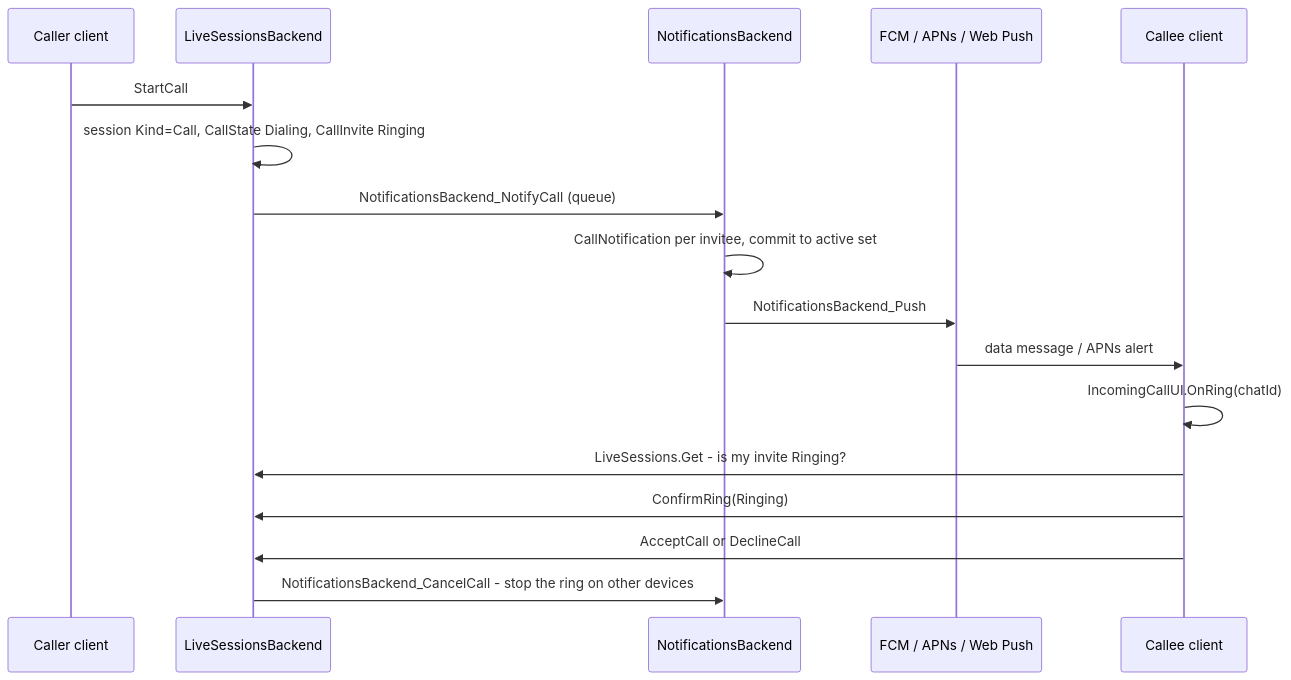
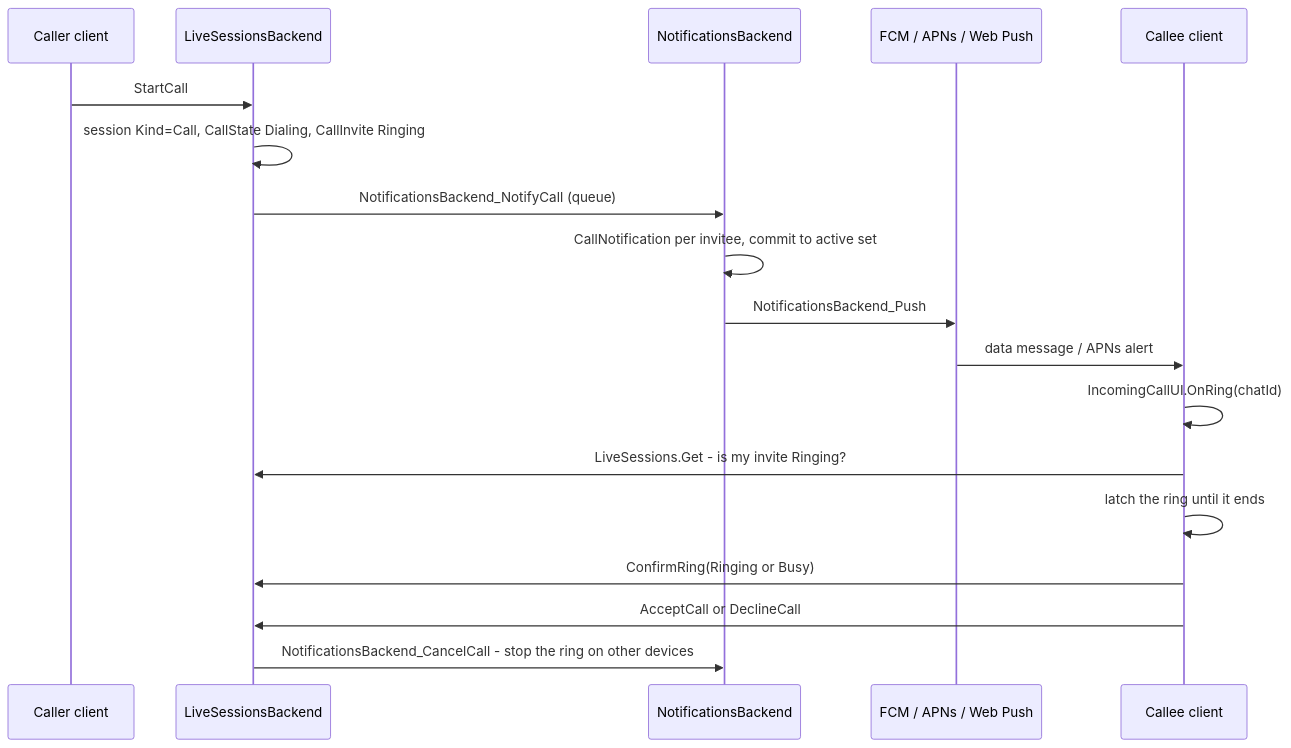
The diagram in docs/calls/incoming-call-flow.md (Actual-Chat/actual-chat), drawn with Mermaid before and after one commit. The commit also changed other lines of this file and 4 other files, not shown here.

First line of the commit message:
feat(call): latch one incoming ring and hold it until it ends

````diff
--- a/docs/calls/incoming-call-flow.md
+++ b/docs/calls/incoming-call-flow.md
@@ -20,20 +21,21 @@
 ```mermaid
 sequenceDiagram
     participant Caller as Caller client
     participant LS as LiveSessionsBackend
     participant NB as NotificationsBackend
     participant Push as FCM / APNs / Web Push
     participant Callee as Callee client
 
     Caller->>LS: StartCall
     LS->>LS: session Kind=Call, CallState Dialing, CallInvite Ringing
     LS->>NB: NotificationsBackend_NotifyCall (queue)
     NB->>NB: CallNotification per invitee, commit to active set
     NB->>Push: NotificationsBackend_Push
     Push->>Callee: data message / APNs alert
     Callee->>Callee: IncomingCallUI.OnRing(chatId)
     Callee->>LS: LiveSessions.Get - is my invite Ringing?
-    Callee->>LS: ConfirmRing(Ringing)
+    Callee->>Callee: latch the ring until it ends
+    Callee->>LS: ConfirmRing(Ringing or Busy)
     Callee->>LS: AcceptCall or DeclineCall
     LS->>NB: NotificationsBackend_CancelCall - stop the ring on other devices
 ```
````
